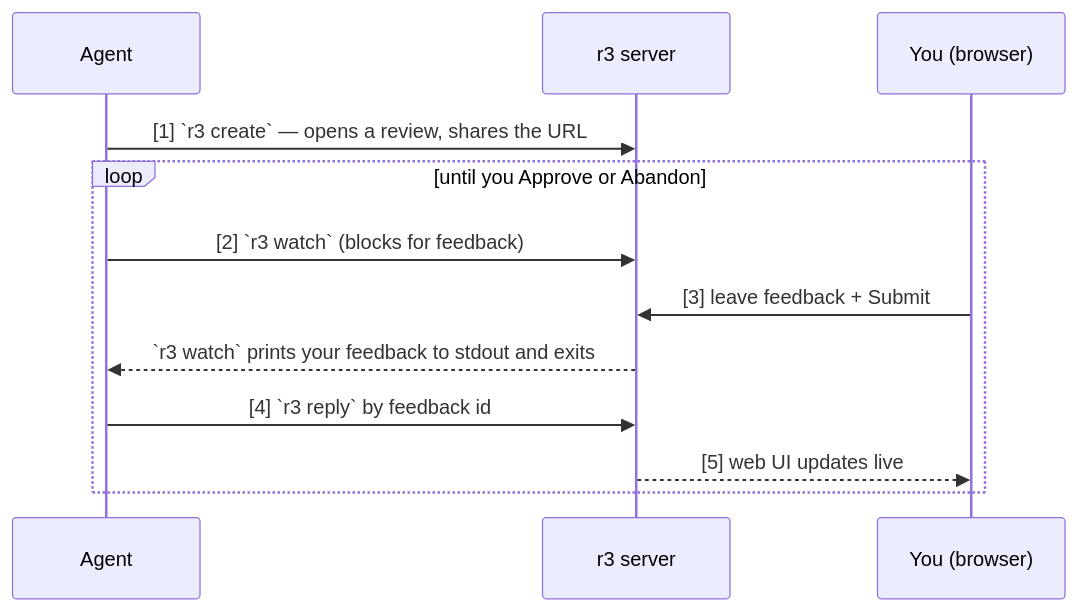
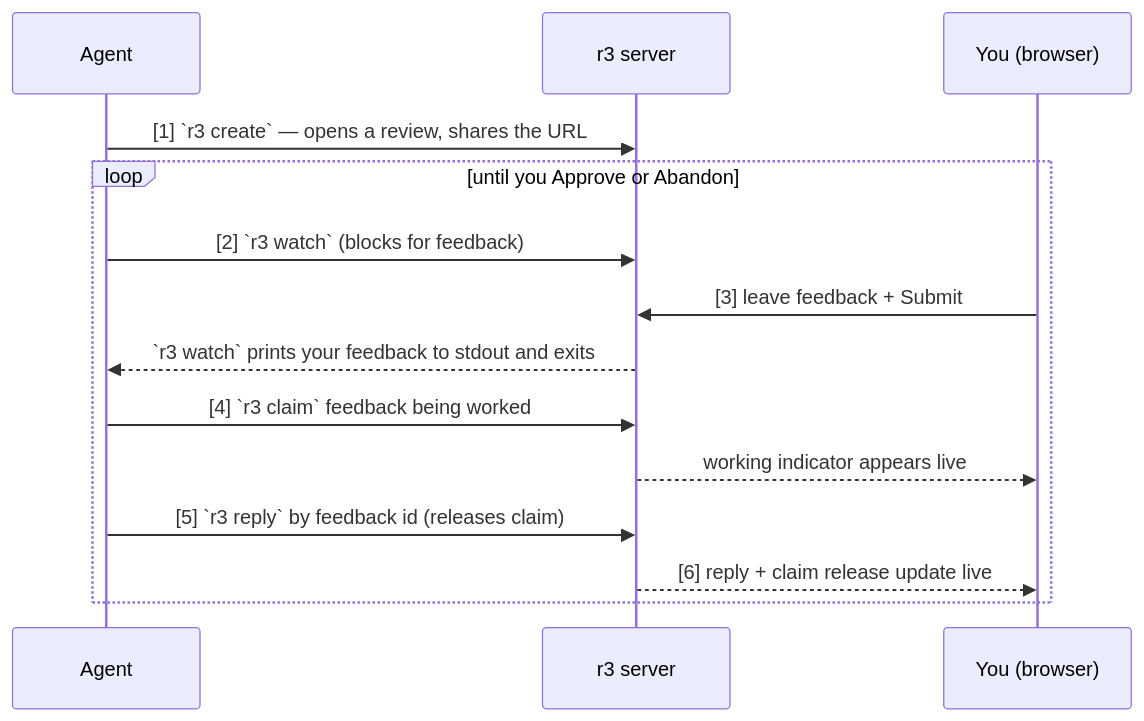
The diagram in README.md (hyperlogue/r3), drawn with Mermaid before and after one commit. The commit also changed other lines of this file and 25 other files, not shown here.

````diff
--- a/README.md
+++ b/README.md
@@ -56,15 +56,17 @@
 ```mermaid
 sequenceDiagram
     participant A as Agent
     participant S as r3 server
     participant U as You (browser)
 
     A->>S: [1] `r3 create` — opens a review, shares the URL
     loop until you Approve or Abandon
         A->>S: [2] `r3 watch` (blocks for feedback)
         U->>S: [3] leave feedback + Submit
         S-->>A: `r3 watch` prints your feedback to stdout and exits
-        A->>S: [4] `r3 reply` by feedback id
-        S-->>U: [5] web UI updates live
+        A->>S: [4] `r3 claim` feedback being worked
+        S-->>U: working indicator appears live
+        A->>S: [5] `r3 reply` by feedback id (releases claim)
+        S-->>U: [6] reply + claim release update live
     end
 ```
````
